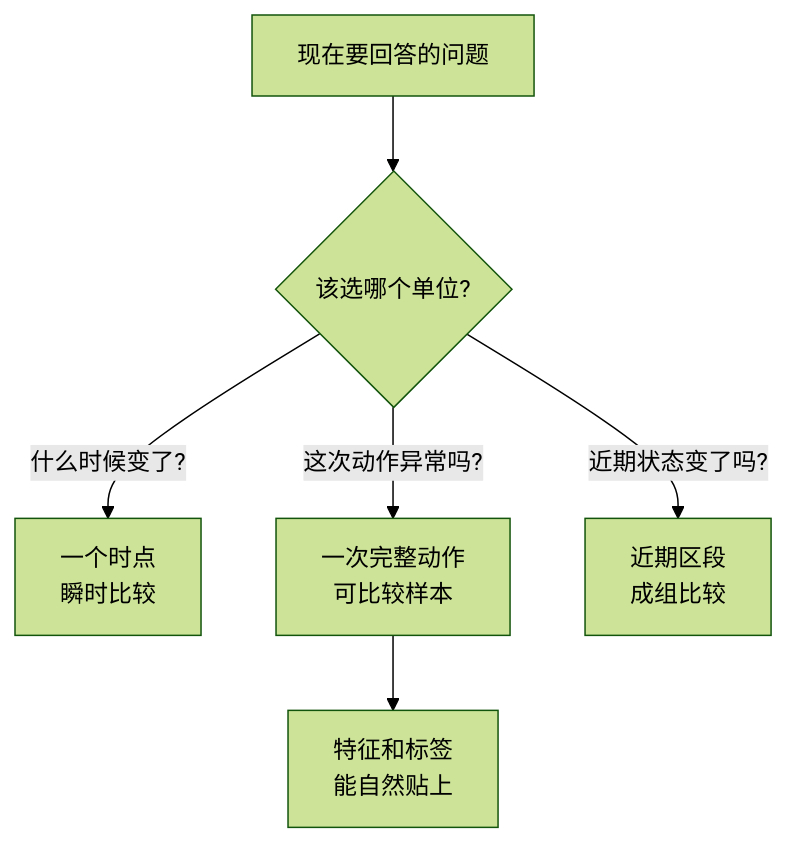
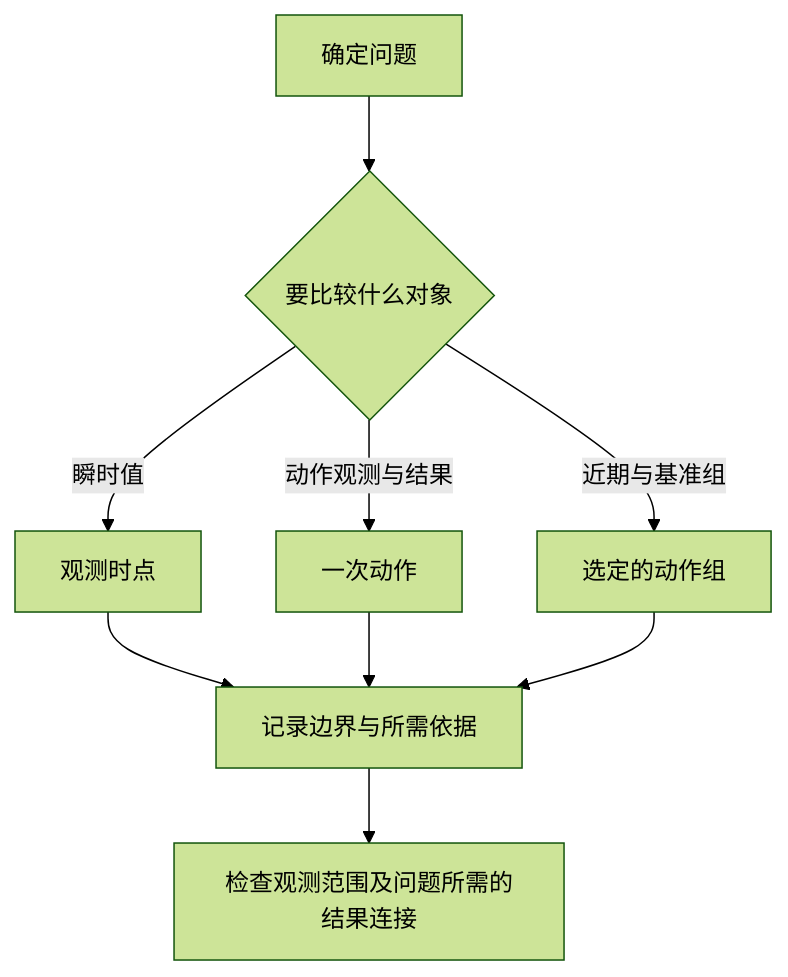
The diagram in docs/assets/part-03/chapter-04/p3-4-1-mermaid-01-zh.mmd (devchan64/AiBook), drawn with Mermaid (forest theme) before and after one commit. The commit also changed 38 other files, not shown here.

````diff
--- a/docs/assets/part-03/chapter-04/p3-4-1-mermaid-01-zh.mmd
+++ b/docs/assets/part-03/chapter-04/p3-4-1-mermaid-01-zh.mmd
@@ -1,15 +1,9 @@
-```mermaid
 flowchart TD
-    Q[现在要回答的问题]
-    U{该选哪个单位?}
-    T[一个时点<br/>瞬时比较]
-    A[一次完整动作<br/>可比较样本]
-    W[近期区段<br/>成组比较]
-    F[特征和标签<br/>能自然贴上]
-
-    Q --> U
-    U -->|什么时候变了?| T
-    U -->|这次动作异常吗?| A
-    U -->|近期状态变了吗?| W
-    A --> F
-```
+    A[确定问题] --> B{要比较什么对象}
+    B -- 瞬时值 --> C[观测时点]
+    B -- 动作观测与结果 --> D[一次动作]
+    B -- 近期与基准组 --> E[选定的动作组]
+    C --> F[记录边界与所需依据]
+    D --> F
+    E --> F
+    F --> G[检查观测范围及问题所需的结果连接]
````
